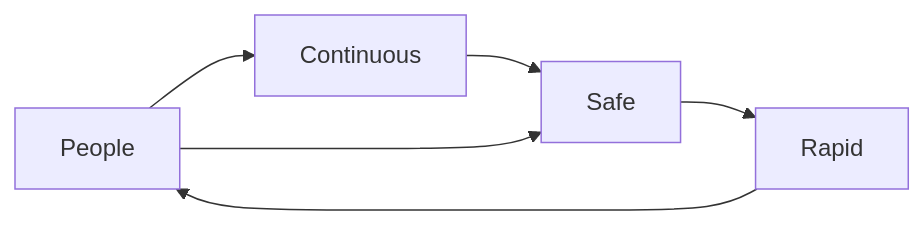
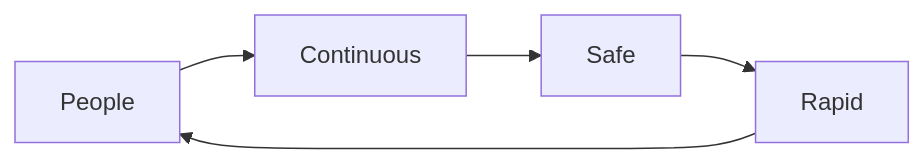
Before and after one commit to infchg/infchg.github.io: the first of 2 diagrams in QI/readme.md, drawn with Mermaid. The commit also changed other lines of this file, not shown here.

````diff
--- a/QI/readme.md
+++ b/QI/readme.md
@@ -81,10 +81,9 @@
 ```mermaid
 graph LR;
     People-->Continuous;
  
    Continuous-->Safe;
    Safe-->Rapid;
    Rapid-->People;
    
-   People-->Safe;
 ```
````
